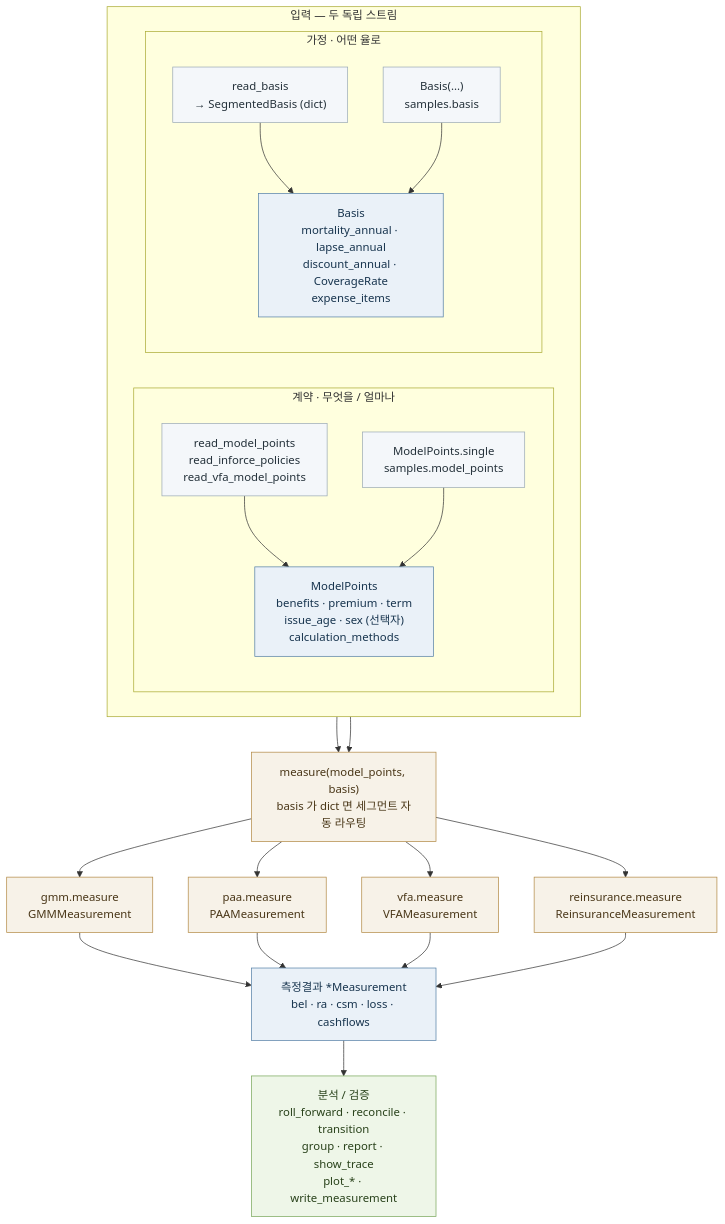
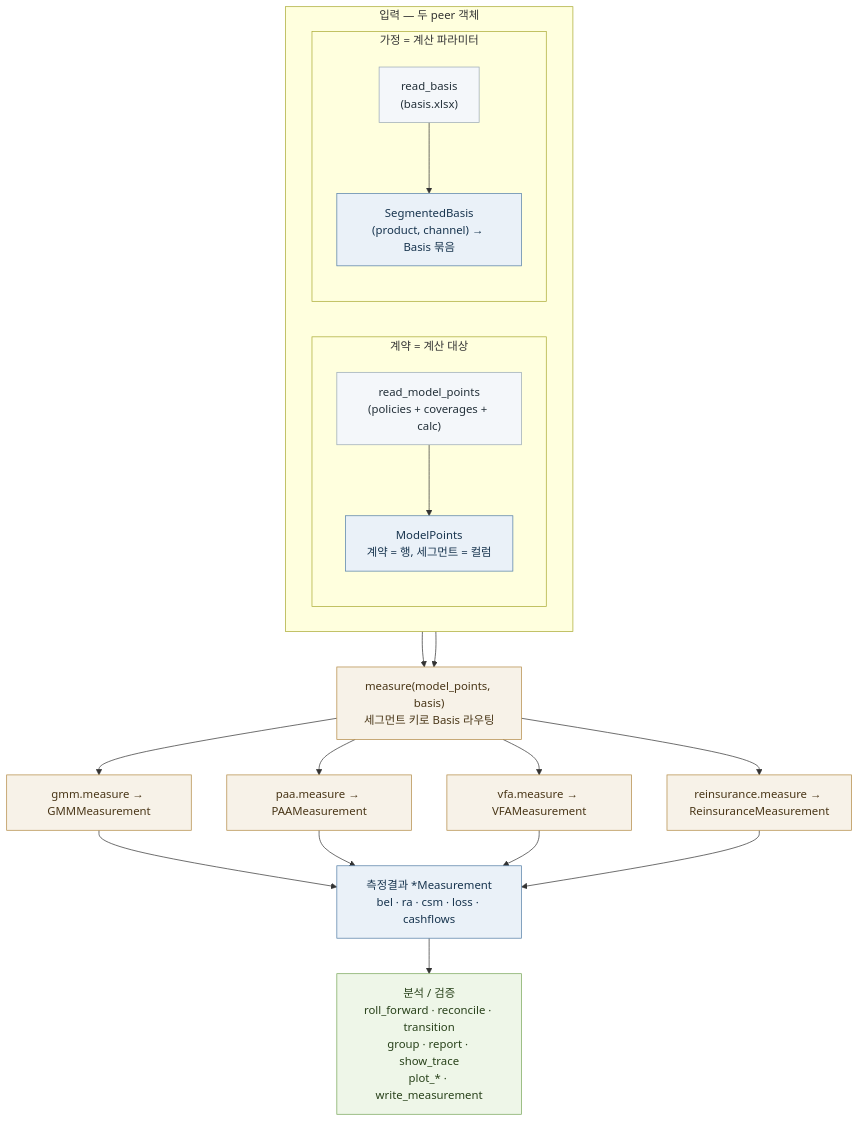
The diagram in docs/cookbook/basics/overview.md (seokhoonj/fastcashflow), drawn with Mermaid before and after one commit. The commit also changed other lines of this file, not shown here.

Commit message:
docs: correct cookbook overview diagram to peer-object / segmented-basis flow

````diff
--- a/docs/cookbook/basics/overview.md
+++ b/docs/cookbook/basics/overview.md
@@ -12,42 +12,37 @@
 ```{mermaid}
 flowchart TB
-    subgraph IN["입력 — 두 독립 스트림"]
+    subgraph IN["입력 — 두 peer 객체"]
         direction LR
-        subgraph CON["계약 · 무엇을 / 얼마나"]
+        subgraph C["계약 = 계산 대상"]
             direction TB
-            rmp["read_model_points<br/>read_inforce_policies<br/>read_vfa_model_points"]
-            cmp["ModelPoints.single<br/>samples.model_points"]
-            MP["ModelPoints<br/>benefits · premium · term<br/>issue_age · sex (선택자)<br/>calculation_methods"]
+            rmp["read_model_points<br/>(policies + coverages + calc)"]
+            MP["ModelPoints<br/>계약 = 행, 세그먼트 = 컬럼"]
             rmp --> MP
-            cmp --> MP
         end
-        subgraph ASM["가정 · 어떤 율로"]
+        subgraph A["가정 = 계산 파라미터"]
             direction TB
-            rb["read_basis<br/>→ SegmentedBasis (dict)"]
-            cb["Basis(...)<br/>samples.basis"]
-            BS["Basis<br/>mortality_annual · lapse_annual<br/>discount_annual · CoverageRate<br/>expense_items"]
+            rb["read_basis<br/>(basis.xlsx)"]
+            BS["SegmentedBasis<br/>(product, channel) → Basis 묶음"]
             rb --> BS
-            cb --> BS
         end
     end
-    M["measure(model_points, basis)<br/>basis 가 dict 면 세그먼트 자동 라우팅"]
-    MP --> M
+    MP --> M["measure(model_points, basis)<br/>세그먼트 키로 Basis 라우팅"]
     BS --> M
-    M --> GMM["gmm.measure<br/>GMMMeasurement"]
-    M --> PAA["paa.measure<br/>PAAMeasurement"]
-    M --> VFA["vfa.measure<br/>VFAMeasurement"]
-    M --> REI["reinsurance.measure<br/>ReinsuranceMeasurement"]
+    M --> GMM["gmm.measure → GMMMeasurement"]
+    M --> PAA["paa.measure → PAAMeasurement"]
+    M --> VFA["vfa.measure → VFAMeasurement"]
+    M --> REI["reinsurance.measure → ReinsuranceMeasurement"]
     GMM --> RES["측정결과 *Measurement<br/>bel · ra · csm · loss · cashflows"]
     PAA --> RES
     VFA --> RES
     REI --> RES
     RES --> AN["분석 / 검증<br/>roll_forward · reconcile · transition<br/>group · report · show_trace<br/>plot_* · write_measurement"]
     classDef input fill:#f4f7fa,stroke:#9aa9b5,color:#24313a
     classDef stock fill:#eaf1f8,stroke:#547fa6,color:#17344e
     classDef step fill:#f7f2e8,stroke:#b38a45,color:#493617
     classDef margin fill:#eef6e8,stroke:#78a65a,color:#29421b
-    class rmp,cmp,rb,cb input
+    class rmp,rb input
     class MP,BS,RES stock
     class M,GMM,PAA,VFA,REI step
     class AN margin
 ```
````
